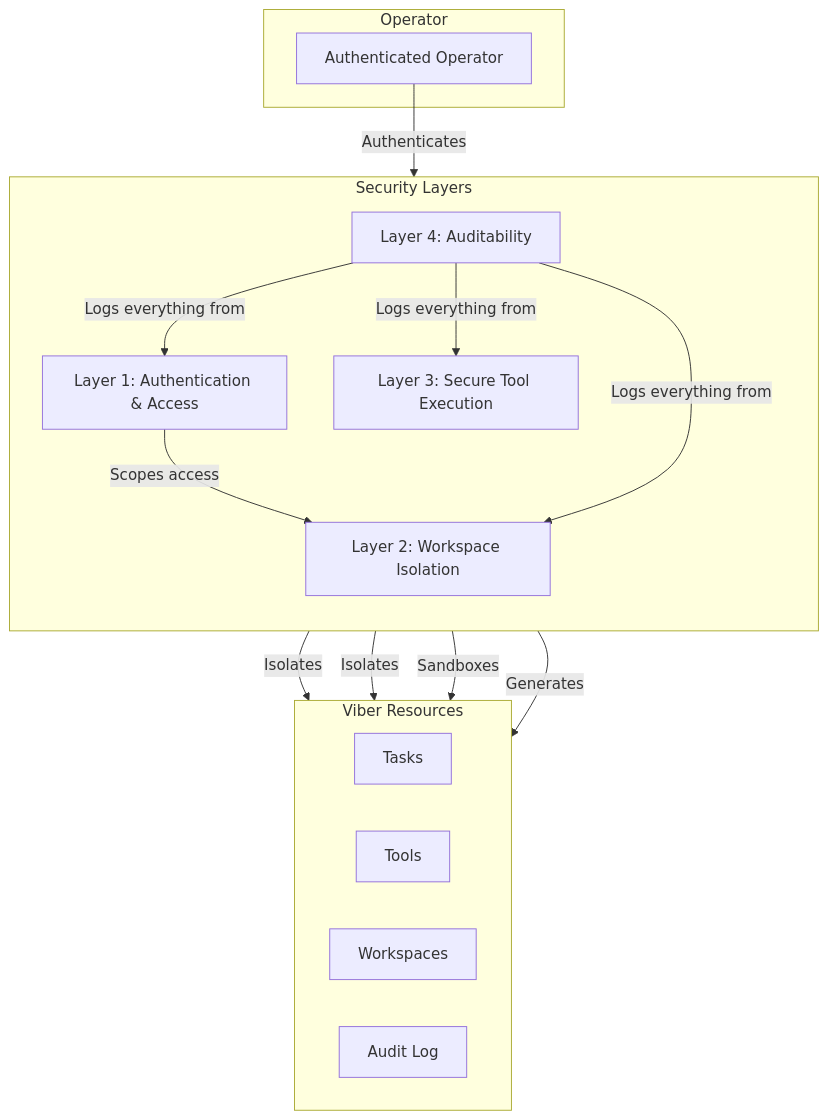
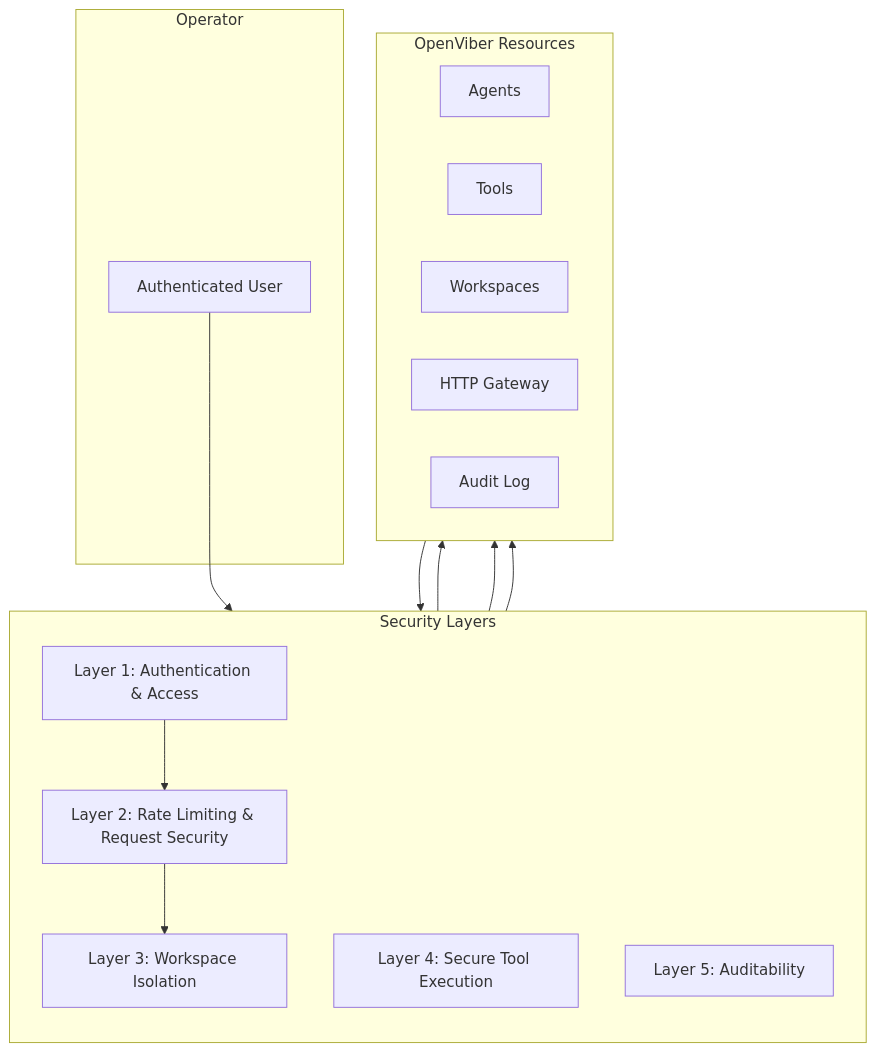
The first of 4 diagrams in docs/design/security.md (dustland/openviber), drawn with Mermaid before and after one commit. The commit also changed other lines of this file and 12 other files, not shown here.

First line of the commit message:
docs: update security architecture with viber-level isolation

````diff
--- a/docs/design/security.md
+++ b/docs/design/security.md
@@ -14,32 +14,32 @@
 ```mermaid
 graph TD
     subgraph "Operator"
-        User["Authenticated Operator"]
+        User["Authenticated User"]
     end
 
     subgraph "Security Layers"
         direction TB
         L1["Layer 1: Authentication & Access"]
-        L2["Layer 2: Workspace Isolation"]
-        L3["Layer 3: Secure Tool Execution"]
-        L4["Layer 4: Auditability"]
+        L2["Layer 2: Rate Limiting & Request Security"]
+        L3["Layer 3: Workspace Isolation"]
+        L4["Layer 4: Secure Tool Execution"]
+        L5["Layer 5: Auditability"]
     end
 
-    subgraph "Viber Resources"
+    subgraph "OpenViber Resources"
         direction LR
-        Tasks["Tasks"]
+        Agents["Agents"]
         Tools["Tools"]
         Spaces["Workspaces"]
+        Gateway["HTTP Gateway"]
         Logs["Audit Log"]
     end
 
-    User -- "Authenticates" --> L1
-    L1 -- "Scopes access" --> L2
-    L2 -- "Isolates" --> Tasks
-    L2 -- "Isolates" --> Spaces
-    L3 -- "Sandboxes" --> Tools
-    L4 -- "Logs everything from" --> L1
-    L4 -- "Logs everything from" --> L2
-    L4 -- "Logs everything from" --> L3
-    L4 -- "Generates" --> Logs
+    User --> L1
+    L1 --> L2
+    L2 --> L3
+    L3 --> Agents
+    L4 --> Tools
+    L5 --> Logs
+    Gateway --> L1
 ```
````
